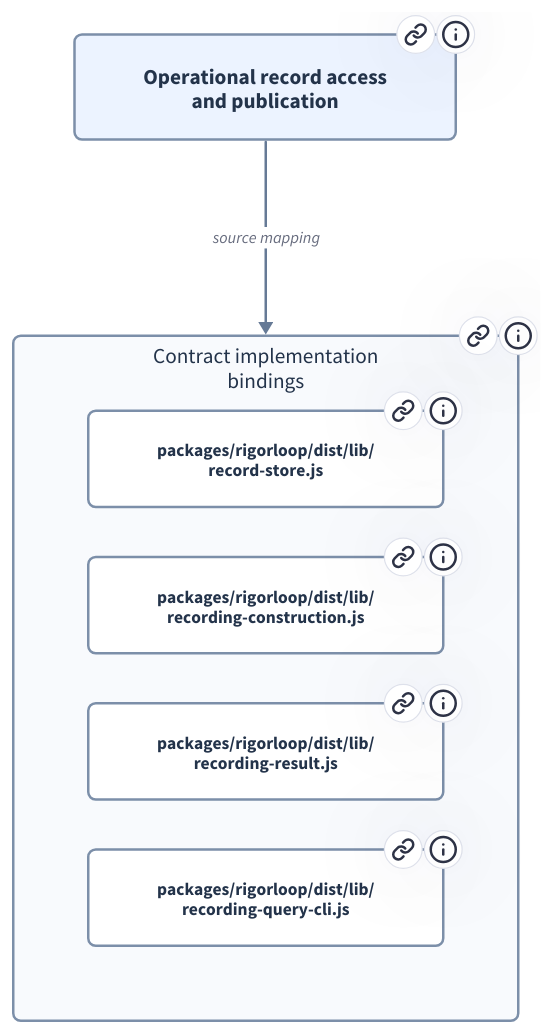
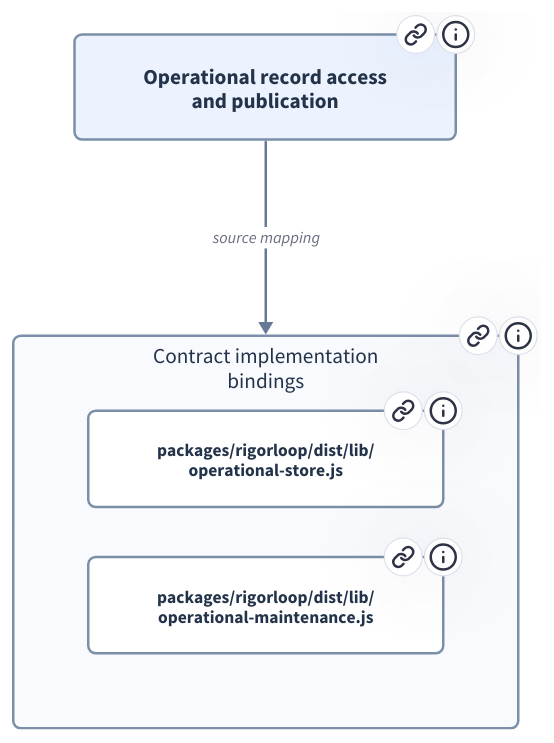
One commit to xiongxianfei/rigorloop changed the diagram in design/architecture/views/browser/diagrams/development-IF-003.d2. Above: the diagram before and after it, drawn with D2. The commit also changed 512 other files, not shown here.

```diff
--- a/design/architecture/views/browser/diagrams/development-IF-003.d2
+++ b/design/architecture/views/browser/diagrams/development-IF-003.d2
@@ -1,65 +1,47 @@
 # Generated from canonical REM records; do not edit.
-# Source identity: 53f63fcf1ca7513ab5f1fd872d338be32ce1bda945a9429ccd0bac1f370c74f1
+# Source identity: 7978be139fe27eda655003b22781018baac550ab5be13f735b6a2800fc2e5371
 # Static mappings from accountable Modules and contracts to implementation sources. Production arrows mean declared inputs and candidate outputs, not software dependencies or evidence that a build ran. Open an owner to inspect its complete mapping.
 vars: {d2-config: {layout-engine: elk}}
 direction: down
 owner: "Operational record access\nand publication" {
   link: "#development/IF-003"
   tooltip: "Operational record access and publication (IF-003)"
   style.fill: "#ECF3FF"
   style.stroke: "#7C8FA9"
   style.font-color: "#23334A"
   style.font-size: 17
   style.border-radius: 6
 }
 g0: "Contract implementation\nbindings" {
   link: "#development/IF-003"
   tooltip: "Contract implementation bindings"
   style.fill: "#F8FAFD"
   style.stroke: "#7C8FA9"
   style.font-color: "#23334A"
   style.font-size: 17
   style.border-radius: 6
   grid-columns: 1
-  f0: "packages/rigorloop/dist/lib/\nrecord-store.js" {
+  f0: "packages/rigorloop/dist/lib/\noperational-store.js" {
     link: "#development/IF-003"
-    tooltip: "withRecordSnapshot supplies checked state to primary readers; executeRecordStore serves advanced inspect/check/record/recover; executeTargetedStore invokes construction and receipt preparation within the selected preview or execution path."
+    tooltip: "Typed inspect, preview and execute operations."
     style.fill: "#FFFFFF"
     style.stroke: "#7C8FA9"
     style.font-color: "#23334A"
     style.font-size: 14
     style.border-radius: 6
   }
-  f1: "packages/rigorloop/dist/lib/\nrecording-construction.js" {
+  f1: "packages/rigorloop/dist/lib/\noperational-maintenance.js" {
     link: "#development/IF-003"
-    tooltip: "constructMutation realizes the pure candidate-construction part of prepare_record_candidate."
-    style.fill: "#FFFFFF"
-    style.stroke: "#7C8FA9"
-    style.font-color: "#23334A"
-    style.font-size: 14
-    style.border-radius: 6
-  }
-  f2: "packages/rigorloop/dist/lib/\nrecording-result.js" {
-    link: "#development/IF-003"
-    tooltip: "primaryReceiptPreparer receives guarded candidate/storage facts and returns the prepared command-owned receipt."
-    style.fill: "#FFFFFF"
-    style.stroke: "#7C8FA9"
-    style.font-color: "#23334A"
-    style.font-size: 14
-    style.border-radius: 6
-  }
-  f3: "packages/rigorloop/dist/lib/\nrecording-query-cli.js" {
-    link: "#development/IF-003"
-    tooltip: "inspectSubjects and its RecordFiles reader realize the declared-subject observation part; the logical operation does not have a dedicated exported function with the same name."
+    tooltip: "Explicit project-level backup, restore, migration and staged recovery."
     style.fill: "#FFFFFF"
     style.stroke: "#7C8FA9"
     style.font-color: "#23334A"
     style.font-size: 14
     style.border-radius: 6
   }
 }
 owner -> g0: "source mapping" {
   style.stroke: "#667A96"
   style.fill: "#FFFFFF"
   style.font-size: 13
 }
```
